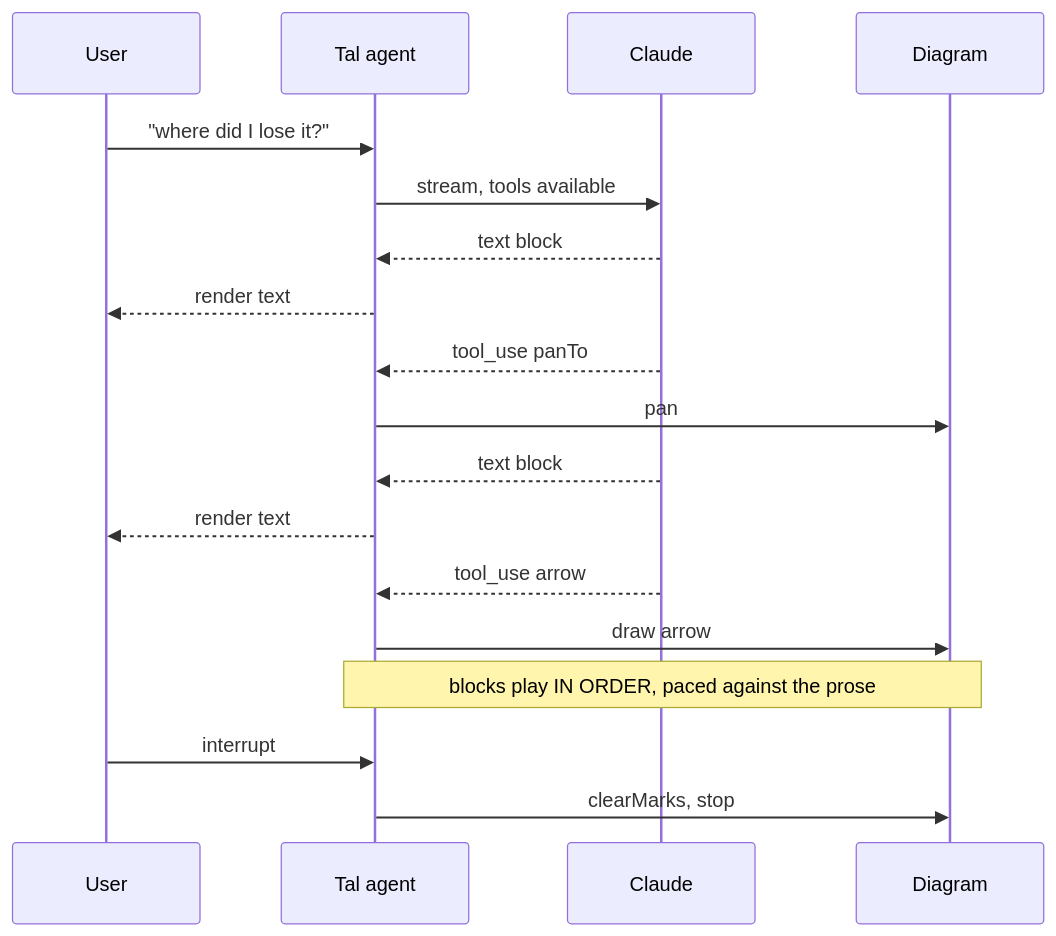
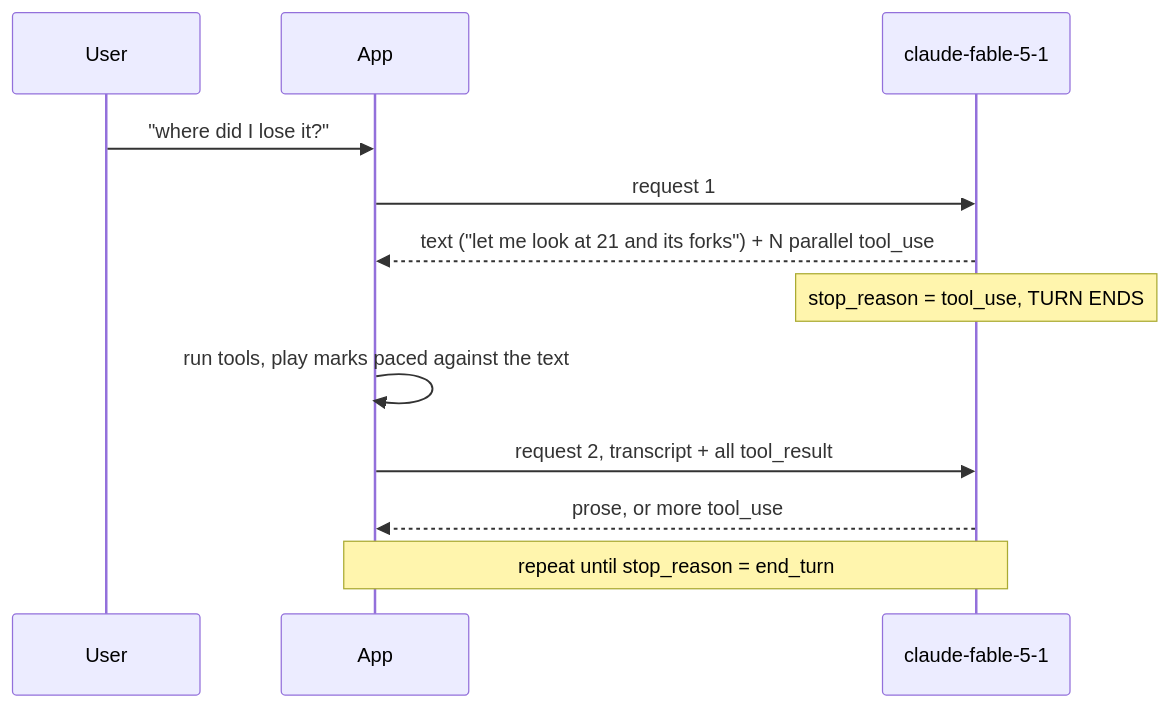
One commit to jeanluciradukunda/enpassant changed the second of 2 diagrams in docs/tal-agent-design.md. Above: the diagram before and after it, drawn with Mermaid. The commit also changed other lines of this file, not shown here.

````diff
--- a/docs/tal-agent-design.md
+++ b/docs/tal-agent-design.md
@@ -146,20 +139,14 @@
 ```mermaid
 sequenceDiagram
   participant U as User
-  participant T as Tal agent
-  participant API as Claude
-  participant D as Diagram
-  U->>T: "where did I lose it?"
-  T->>API: stream, tools available
-  API-->>T: text block
-  T-->>U: render text
-  API-->>T: tool_use panTo
-  T->>D: pan
-  API-->>T: text block
-  T-->>U: render text
-  API-->>T: tool_use arrow
-  T->>D: draw arrow
-  Note over T,D: blocks play IN ORDER, paced against the prose
-  U->>T: interrupt
-  T->>D: clearMarks, stop
+  participant App
+  participant API as claude-fable-5-1
+  U->>App: "where did I lose it?"
+  App->>API: request 1
+  API-->>App: text ("let me look at 21 and its forks") + N parallel tool_use
+  Note over API: stop_reason = tool_use, TURN ENDS
+  App->>App: run tools, play marks paced against the text
+  App->>API: request 2, transcript + all tool_result
+  API-->>App: prose, or more tool_use
+  Note over App,API: repeat until stop_reason = end_turn
 ```
````
